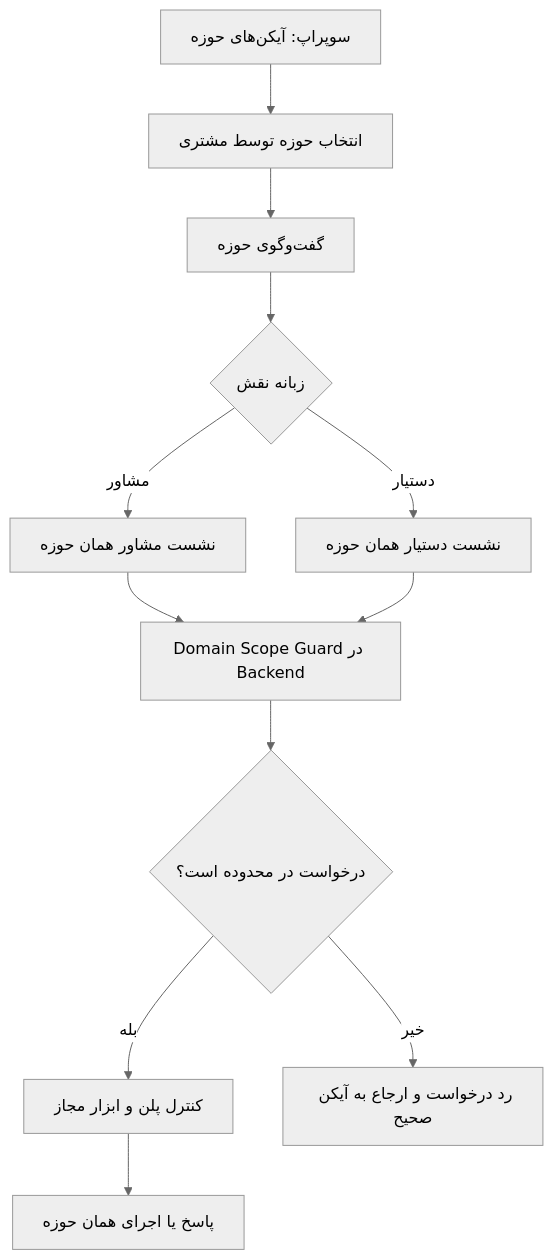
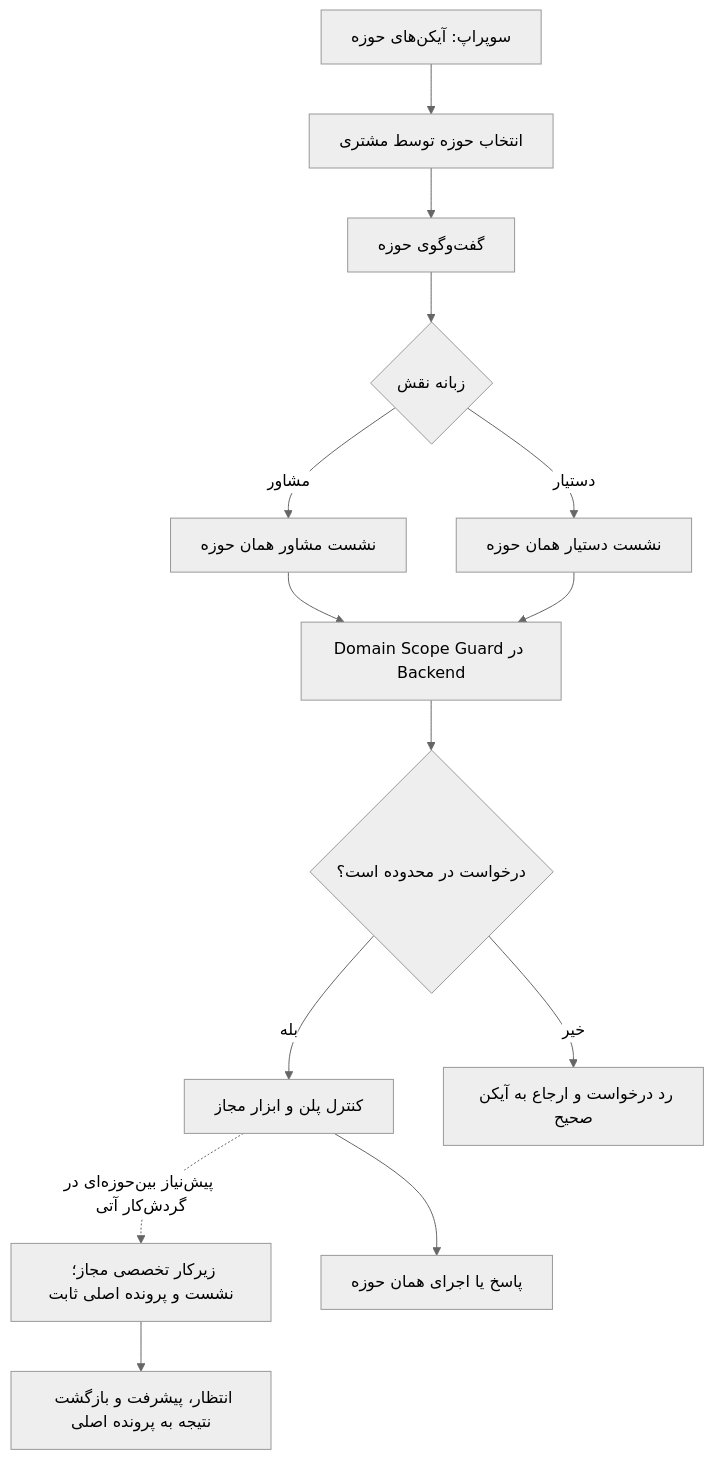
Before and after one commit to Brotherlouiee/shahab-demo: diagram 14 of 26 in docs/SHAHAB_PHASE_2_DEVELOPMENT_BLUEPRINT.md, drawn with Mermaid (neutral theme). The commit also changed other lines of this file, not shown here.

````diff
--- a/docs/SHAHAB_PHASE_2_DEVELOPMENT_BLUEPRINT.md
+++ b/docs/SHAHAB_PHASE_2_DEVELOPMENT_BLUEPRINT.md
@@ -1390,13 +1394,15 @@
 ```mermaid
 flowchart TD
     HOME["سوپراپ: آیکن‌های حوزه"] --> DOMAIN["انتخاب حوزه توسط مشتری"]
     DOMAIN --> CHAT["گفت‌وگوی حوزه"] --> MODE{"زبانه نقش"}
     MODE -->|مشاور| A["نشست مشاور همان حوزه"]
     MODE -->|دستیار| B["نشست دستیار همان حوزه"]
     A --> GUARD["Domain Scope Guard در Backend"]
     B --> GUARD
     GUARD --> CHECK{"درخواست در محدوده است؟"}
     CHECK -->|بله| ENT["کنترل پلن و ابزار مجاز"]
+    ENT -. "پیش‌نیاز بین‌حوزه‌ای در گردش‌کار آتی" .-> SUB["زیرکار تخصصی مجاز؛ نشست و پرونده اصلی ثابت"]
+    SUB --> WAIT["انتظار، پیشرفت و بازگشت نتیجه به پرونده اصلی"]
     CHECK -->|خیر| REF["رد درخواست و ارجاع به آیکن صحیح"]
     ENT --> EXEC["پاسخ یا اجرای همان حوزه"]
 ```
````
